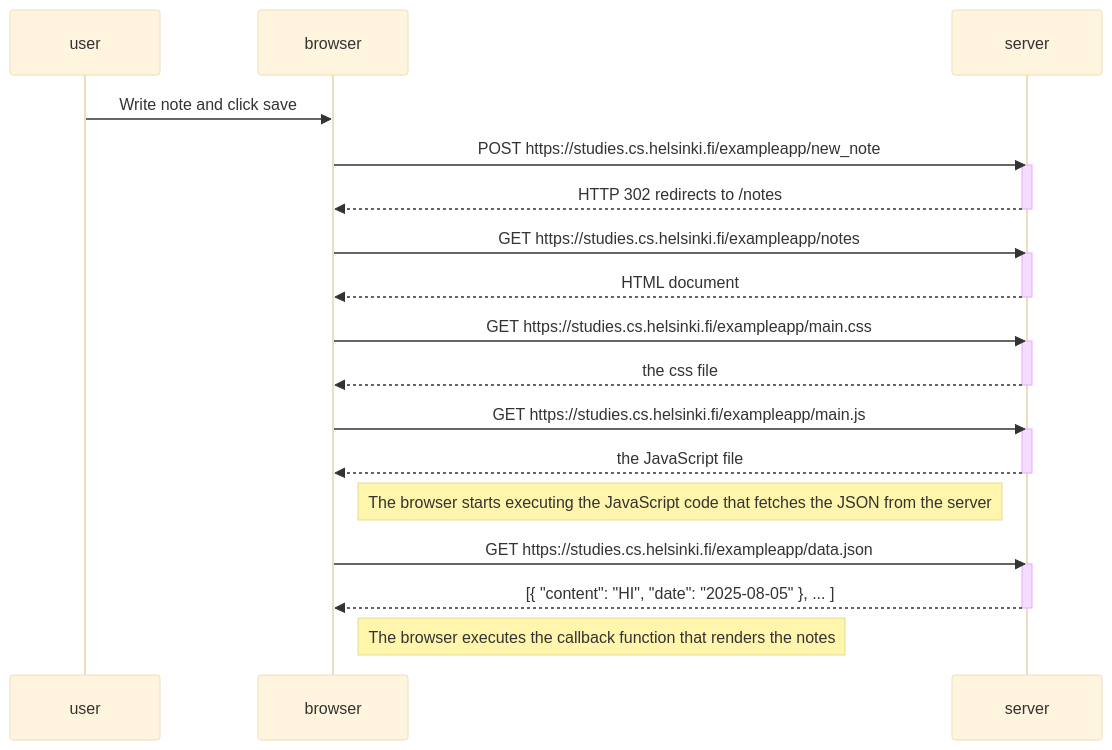
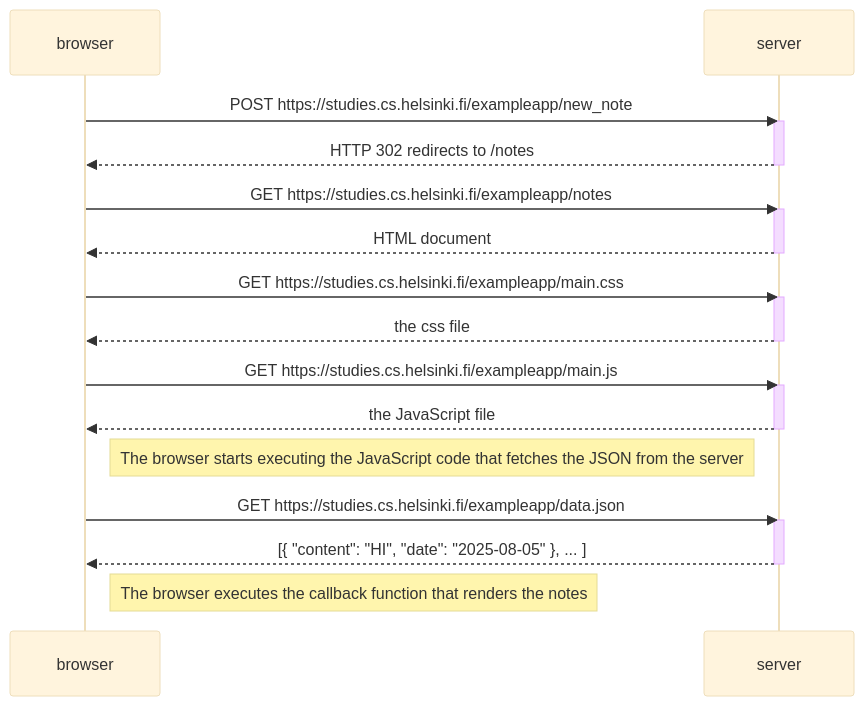
The diagram in 0.4.md (Mikaello98/FSO-2025), drawn with Mermaid (base theme) before and after one commit.

````diff
--- a/0.4.md
+++ b/0.4.md
@@ -1,37 +1,34 @@
 ```mermaid
 sequenceDiagram
-    participant user
     participant browser
     participant server
-
-    user->>browser: Write note and click save
 
     browser->>server: POST https://studies.cs.helsinki.fi/exampleapp/new_note
     activate server
     server-->>browser: HTTP 302 redirects to /notes
     deactivate server
 
     browser->>server: GET https://studies.cs.helsinki.fi/exampleapp/notes
     activate server
     server-->>browser: HTML document
     deactivate server
 
     browser->>server: GET https://studies.cs.helsinki.fi/exampleapp/main.css
     activate server
     server-->>browser: the css file
     deactivate server
 
     browser->>server: GET https://studies.cs.helsinki.fi/exampleapp/main.js
     activate server
     server-->>browser: the JavaScript file
     deactivate server
 
     Note right of browser: The browser starts executing the JavaScript code that fetches the JSON from the server
 
     browser->>server: GET https://studies.cs.helsinki.fi/exampleapp/data.json
     activate server
     server-->>browser: [{ "content": "HI", "date": "2025-08-05" }, ... ]
     deactivate server
 
     Note right of browser: The browser executes the callback function that renders the notes
 ```
````
